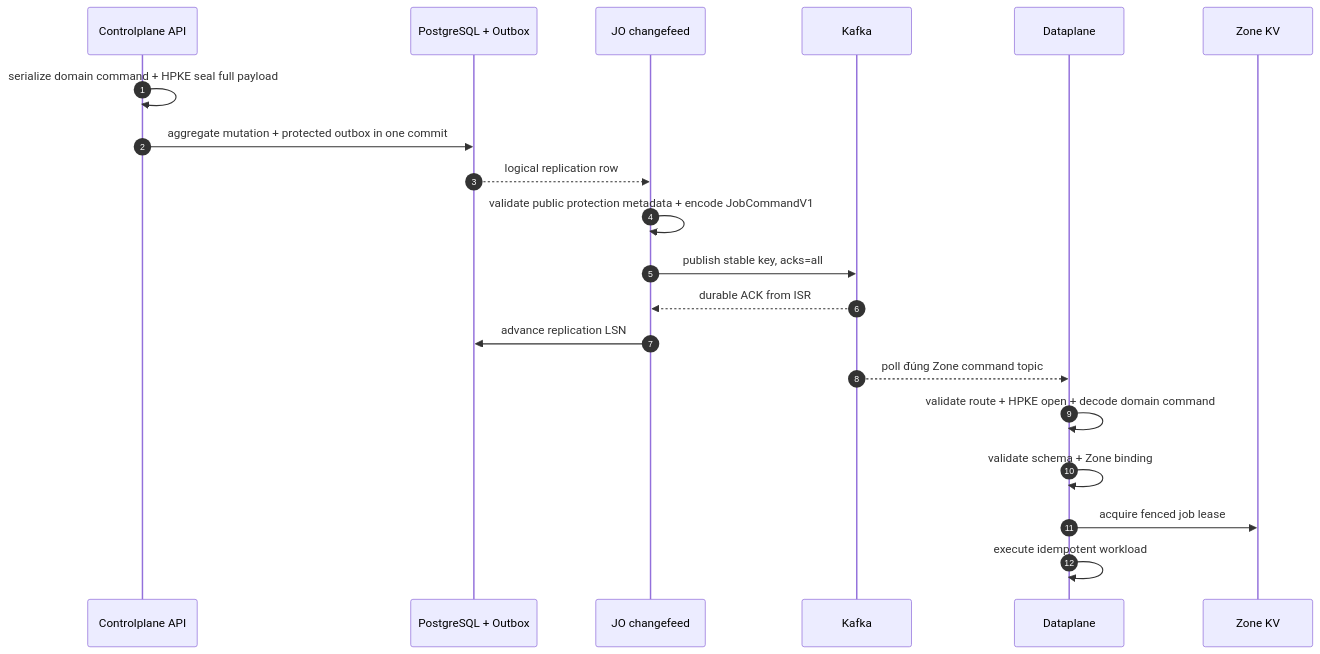
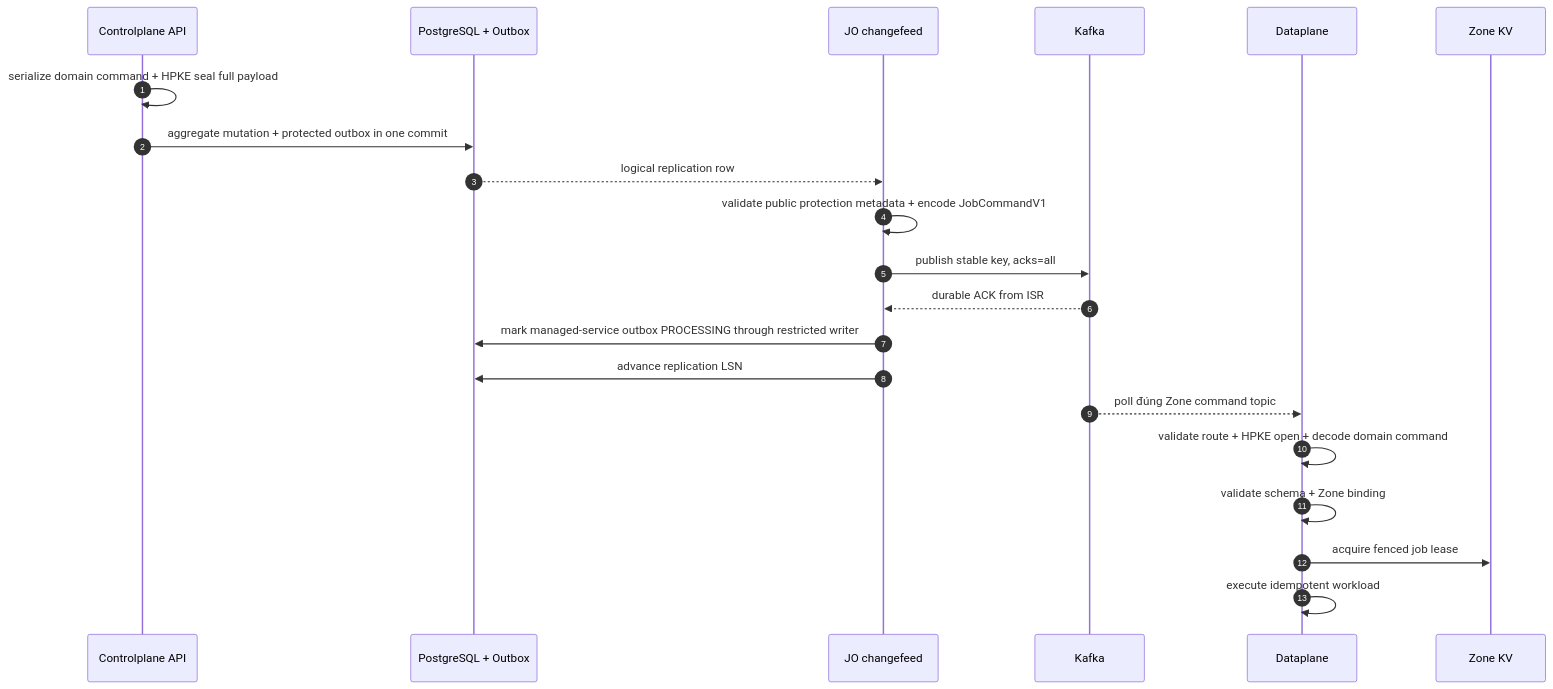
Before and after one commit to phucle996/aurora: the second of 4 diagrams in god_view/platform/kafka_platform_transport_god_view.md, drawn with Mermaid. The commit also changed 11 other files, not shown here.

Commit message:
feat: implement PostgreSQL-backed logical replication leadership and managed-service outbox dispatch capability

````diff
--- a/god_view/platform/kafka_platform_transport_god_view.md
+++ b/god_view/platform/kafka_platform_transport_god_view.md
@@ -147,23 +147,24 @@
 ```mermaid
 sequenceDiagram
     autonumber
     participant API as Controlplane API
     participant PG as PostgreSQL + Outbox
     participant JO as JO changefeed
     participant K as Kafka
     participant DP as Dataplane
     participant KV as Zone KV
 
     API->>API: serialize domain command + HPKE seal full payload
     API->>PG: aggregate mutation + protected outbox in one commit
     PG-->>JO: logical replication row
     JO->>JO: validate public protection metadata + encode JobCommandV1
     JO->>K: publish stable key, acks=all
     K-->>JO: durable ACK from ISR
+    JO->>PG: mark managed-service outbox PROCESSING through restricted writer
     JO->>PG: advance replication LSN
     K-->>DP: poll đúng Zone command topic
     DP->>DP: validate route + HPKE open + decode domain command
     DP->>DP: validate schema + Zone binding
     DP->>KV: acquire fenced job lease
     DP->>DP: execute idempotent workload
 ```
````
